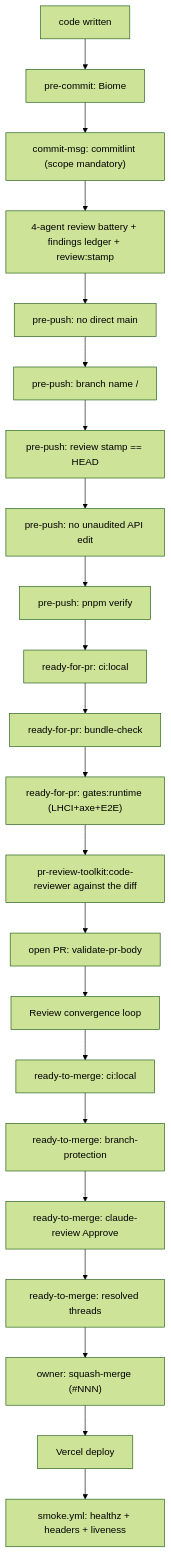
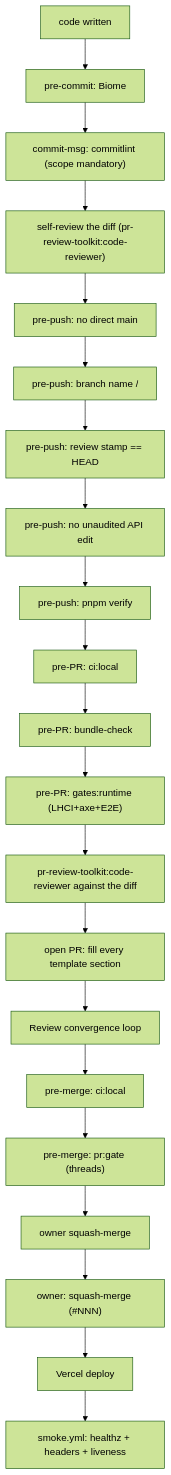
The first of 2 diagrams in docs/handbook/review-merge-release.md (erikunha/portfolio), drawn with Mermaid (forest theme) before and after one commit. The commit also changed other lines of this file and 152 other files, not shown here.

Commit message:
chore(harness)!: delete the unproven capabilities, the Codex mirror, the PR-gate wrappers and the AI-review gate chain (#235)

````diff
--- a/docs/handbook/review-merge-release.md
+++ b/docs/handbook/review-merge-release.md
@@ -7,24 +7,23 @@
 ```mermaid
 flowchart TD
     write["code written"] --> c1["pre-commit: Biome"]
     c1 --> c2["commit-msg: commitlint (scope mandatory)"]
-    c2 --> battery["4-agent review battery + findings ledger + review:stamp"]
+    c2 --> battery["self-review the diff (pr-review-toolkit:code-reviewer)"]
     battery --> p1["pre-push: no direct main"]
     p1 --> p2["pre-push: branch name <type>/<desc>"]
     p2 --> p3["pre-push: review stamp == HEAD"]
     p3 --> p4["pre-push: no unaudited API edit"]
     p4 --> p5["pre-push: pnpm verify"]
-    p5 --> r1["ready-for-pr: ci:local"]
-    r1 --> r2["ready-for-pr: bundle-check"]
-    r2 --> r4["ready-for-pr: gates:runtime (LHCI+axe+E2E)"]
+    p5 --> r1["pre-PR: ci:local"]
+    r1 --> r2["pre-PR: bundle-check"]
+    r2 --> r4["pre-PR: gates:runtime (LHCI+axe+E2E)"]
     r4 --> r5["pr-review-toolkit:code-reviewer against the diff"]
-    r5 --> o1["open PR: validate-pr-body"]
+    r5 --> o1["open PR: fill every template section"]
     o1 --> o2["Review convergence loop"]
-    o2 --> m1["ready-to-merge: ci:local"]
-    m1 --> m2["ready-to-merge: branch-protection"]
-    m2 --> m3["ready-to-merge: claude-review Approve"]
-    m3 --> m4["ready-to-merge: resolved threads"]
+    o2 --> m1["pre-merge: ci:local"]
+    m1 --> m3["pre-merge: pr:gate (threads)"]
+    m3 --> m4["owner squash-merge"]
     m4 --> merge["owner: squash-merge (#NNN)"]
     merge --> deploy["Vercel deploy"]
     deploy --> smoke["smoke.yml: healthz + headers + liveness"]
 ```
````
